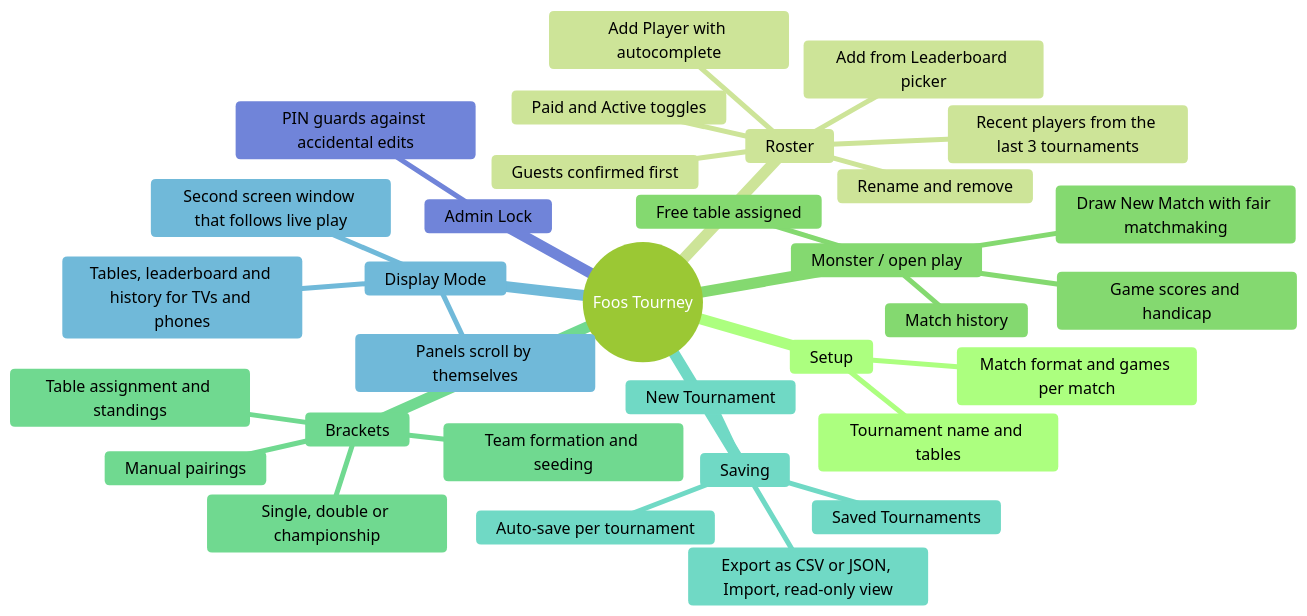
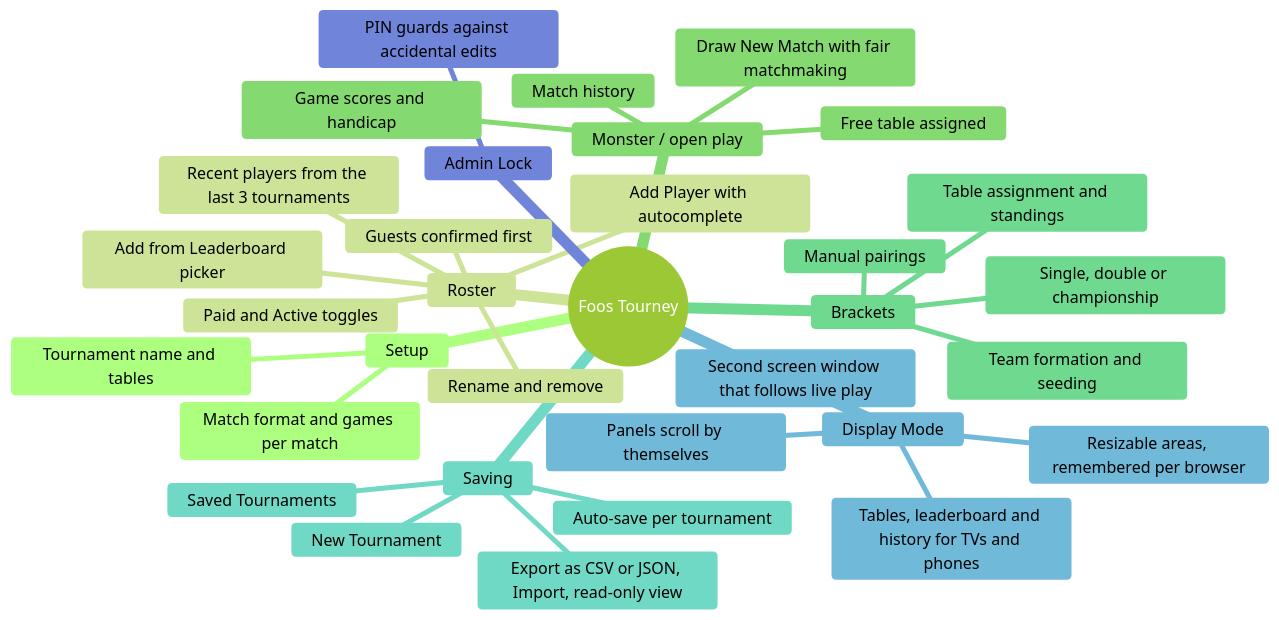
The first of 6 diagrams in README.md (DT209/foos-tourney), drawn with Mermaid (forest theme) before and after one commit. The commit also changed other lines of this file and 10 other files, not shown here.

First line of the commit message:
Resizable Display Mode areas; Export CSV / Export JSON buttons; wider Saved Tournaments

````diff
--- a/README.md
+++ b/README.md
@@ -8,35 +8,36 @@
 ```mermaid
 mindmap
   root((Foos Tourney))
     Setup
       Tournament name and tables
       Match format and games per match
     Roster
       Add Player with autocomplete
       Add from Leaderboard picker
       Recent players from the last 3 tournaments
       Guests confirmed first
       Paid and Active toggles
       Rename and remove
     Monster / open play
       Draw New Match with fair matchmaking
       Free table assigned
       Game scores and handicap
       Match history
     Brackets
       Single, double or championship
       Team formation and seeding
       Manual pairings
       Table assignment and standings
     Saving
       Auto-save per tournament
       New Tournament
       Saved Tournaments
       Export as CSV or JSON, Import, read-only view
     Display Mode
       Tables, leaderboard and history for TVs and phones
       Panels scroll by themselves
       Second screen window that follows live play
+      Resizable areas, remembered per browser
     Admin Lock
       PIN guards against accidental edits
 ```
````
